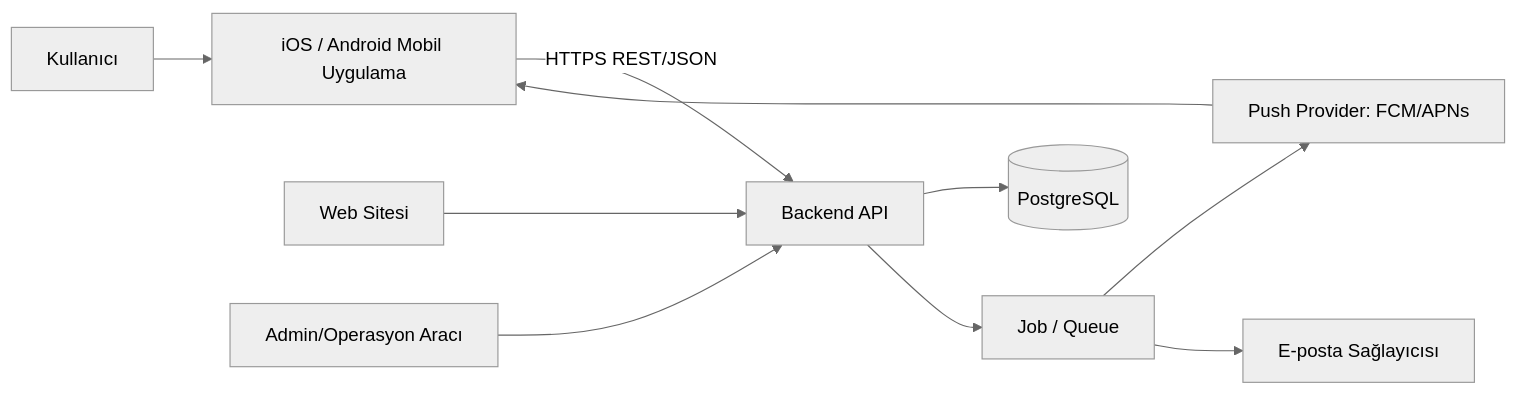
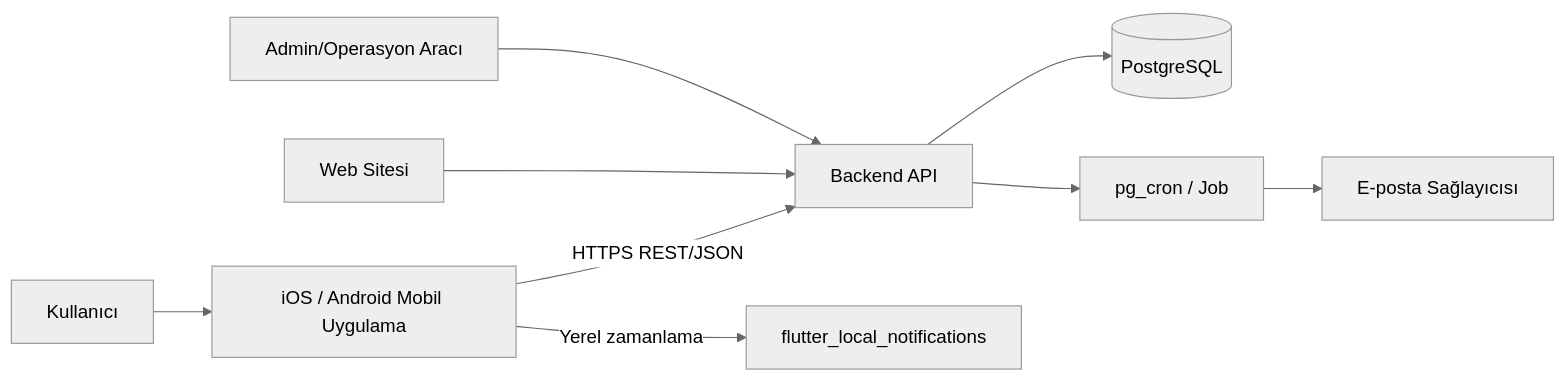
The diagram in SubscriptTrack-Documentation/docs/diagrams/system-context.mmd (subscription-tracking/SubscriptTrack), drawn with Mermaid (neutral theme) before and after one commit. The commit also changed 19 other files, not shown here.

```diff
--- a/SubscriptTrack-Documentation/docs/diagrams/system-context.mmd
+++ b/SubscriptTrack-Documentation/docs/diagrams/system-context.mmd
@@ -1,10 +1,9 @@
 flowchart LR
     U[Kullanıcı] --> M[iOS / Android Mobil Uygulama]
     M -->|HTTPS REST/JSON| B[Backend API]
     B --> DB[(PostgreSQL)]
-    B --> Q[Job / Queue]
-    Q --> P[Push Provider: FCM/APNs]
+    B --> Q[pg_cron / Job]
     Q --> E[E-posta Sağlayıcısı]
-    P --> M
+    M -->|Yerel zamanlama| N[flutter_local_notifications]
     W[Web Sitesi] --> B
     A[Admin/Operasyon Aracı] --> B
```
